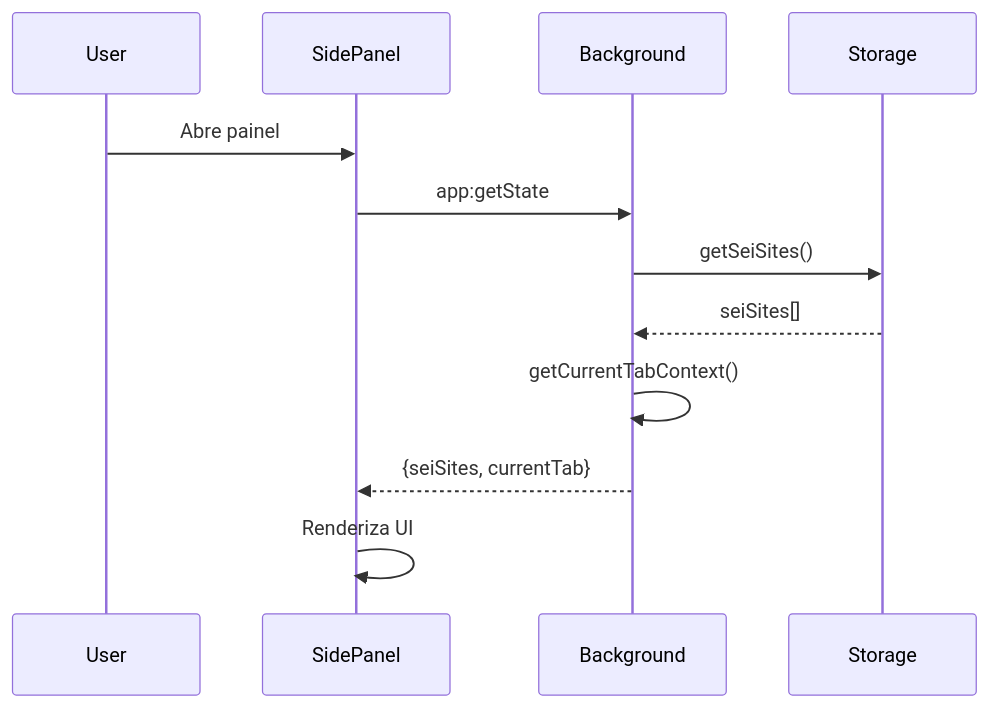
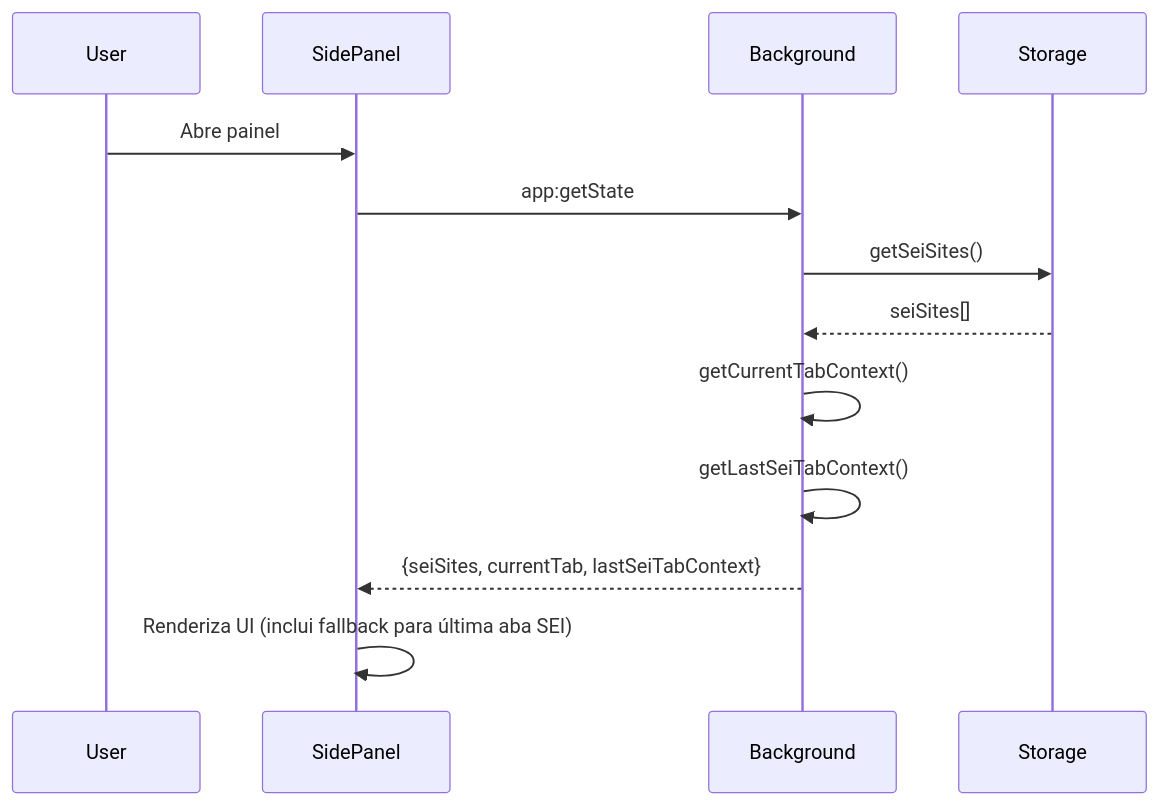
Before and after one commit to patajones/painel-sei: the fourth of 4 diagrams in docs/architecture/APP-STATE.md, drawn with Mermaid. The commit also changed other lines of this file, not shown here.

Commit message:
doc: atualiza com mudanças do add-current-area-display

````diff
--- a/docs/architecture/APP-STATE.md
+++ b/docs/architecture/APP-STATE.md
@@ -255,15 +283,16 @@
 ```mermaid
 sequenceDiagram
-    participant User
-    participant SidePanel
-    participant Background
-    participant Storage
+  participant User
+  participant SidePanel
+  participant Background
+  participant Storage
 
-    User->>SidePanel: Abre painel
-    SidePanel->>Background: app:getState
-    Background->>Storage: getSeiSites()
-    Storage-->>Background: seiSites[]
-    Background->>Background: getCurrentTabContext()
-    Background-->>SidePanel: {seiSites, currentTab}
-    SidePanel->>SidePanel: Renderiza UI
+  User->>SidePanel: Abre painel
+  SidePanel->>Background: app:getState
+  Background->>Storage: getSeiSites()
+  Storage-->>Background: seiSites[]
+  Background->>Background: getCurrentTabContext()
+  Background->>Background: getLastSeiTabContext()
+  Background-->>SidePanel: {seiSites, currentTab, lastSeiTabContext}
+  SidePanel->>SidePanel: Renderiza UI (inclui fallback para última aba SEI)
 ```
````
